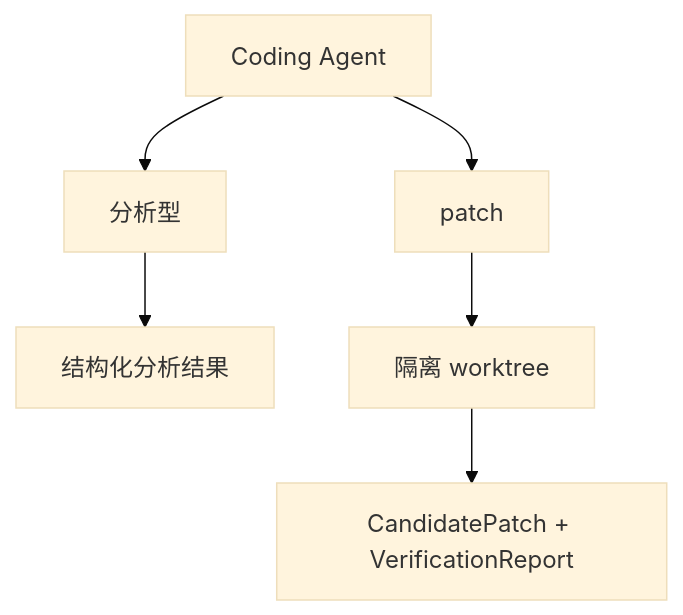
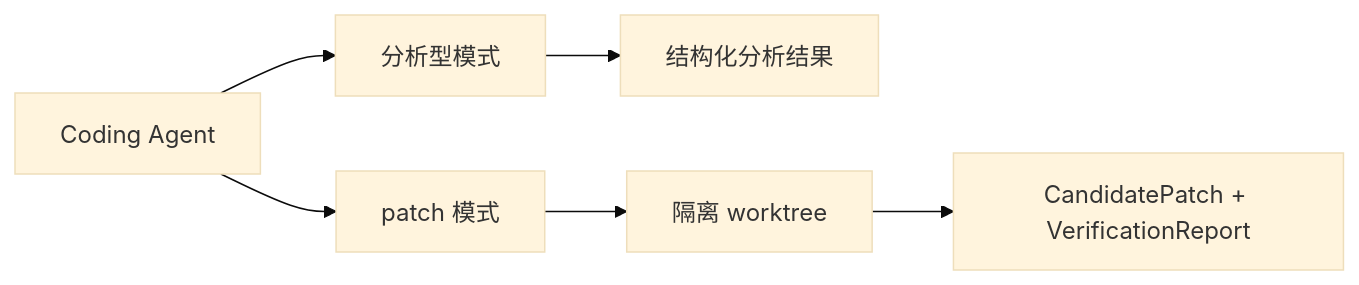
The sixth of 8 diagrams in docs/02-agent-topology-and-workflows.md (Arthur999459up/GitAgent), drawn with Mermaid (base theme) before and after one commit. The commit also changed other lines of this file and 15 other files, not shown here.

````diff
--- a/docs/02-agent-topology-and-workflows.md
+++ b/docs/02-agent-topology-and-workflows.md
@@ -195,8 +180,8 @@
 ```mermaid
-flowchart TD
-    C[Coding Agent] --> A[分析型]
-    C --> P[patch]
-    A --> SR[结构化分析结果]
+flowchart LR
+    C[Coding Agent] --> A[分析型模式]
+    C --> P[patch 模式]
+    A --> R[结构化分析结果]
     P --> W[隔离 worktree]
-    W --> CP[CandidatePatch + VerificationReport]
+    W --> V[CandidatePatch + VerificationReport]
 ```
````
